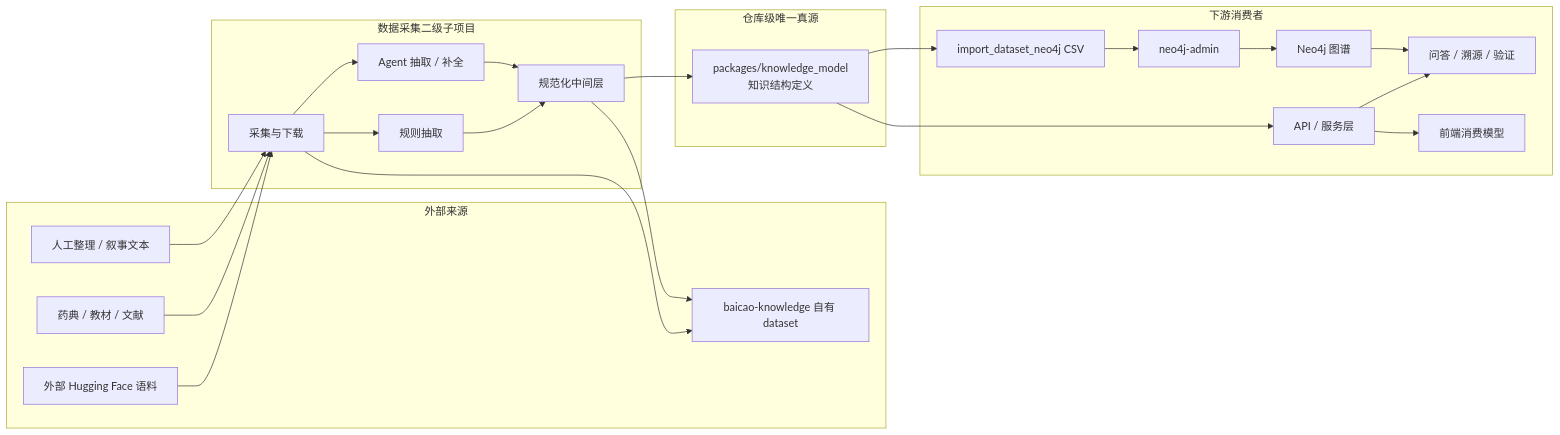
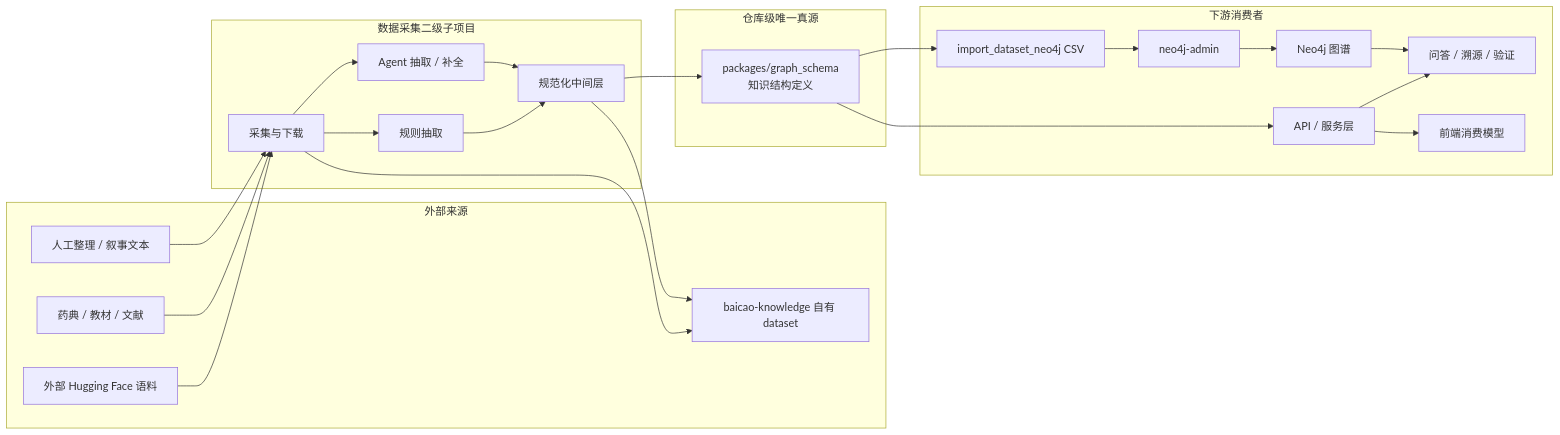
The first of 3 diagrams in docs/architecture/knowledge-model-and-ingestion.md (ticoAg/BaiCao), drawn with Mermaid before and after one commit. The commit also changed other lines of this file and 100 other files, not shown here.

First line of the commit message:
refactor: knowledge_model 包改名为 graph_schema

````diff
--- a/docs/architecture/knowledge-model-and-ingestion.md
+++ b/docs/architecture/knowledge-model-and-ingestion.md
@@ -100,47 +100,47 @@
 ```mermaid
 flowchart LR
     subgraph Sources[外部来源]
         HF[外部 Hugging Face 语料]
         Pharm[药典 / 教材 / 文献]
         Manual[人工整理 / 叙事文本]
         Own[baicao-knowledge 自有 dataset]
     end
 
     subgraph Ingestion[数据采集二级子项目]
         Collect[采集与下载]
         Rule[规则抽取]
         Agent[Agent 抽取 / 补全]
         Normalize[规范化中间层]
     end
 
     subgraph SSOT[仓库级唯一真源]
-        KM[packages/knowledge_model<br/>知识结构定义]
+        KM[packages/graph_schema<br/>知识结构定义]
     end
 
     subgraph Consumers[下游消费者]
         Importer[import_dataset_neo4j CSV]
         Admin[neo4j-admin]
         API[API / 服务层]
         Graph[Neo4j 图谱]
         QA[问答 / 溯源 / 验证]
         Web[前端消费模型]
     end
 
     HF --> Collect
     Pharm --> Collect
     Manual --> Collect
     Collect --> Own
     Normalize --> Own
     Collect --> Rule
     Collect --> Agent
     Rule --> Normalize
     Agent --> Normalize
     Normalize --> KM
     KM --> Importer
     KM --> API
     Importer --> Admin
     Admin --> Graph
     API --> QA
     API --> Web
     Graph --> QA
 ```
````
